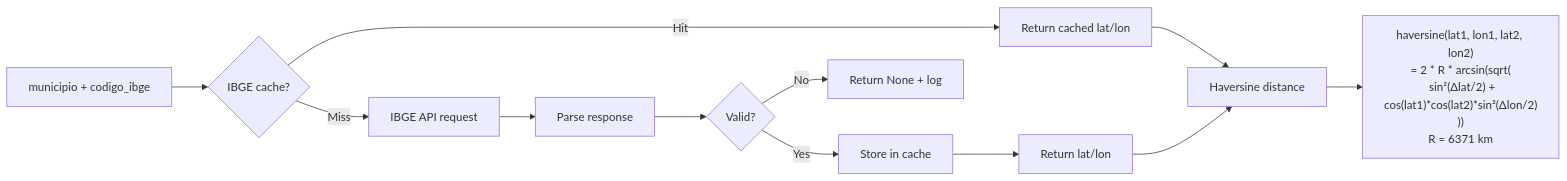
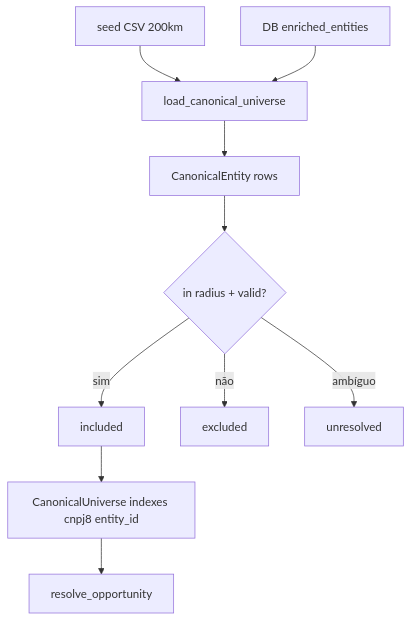
The first of 2 diagrams in _reversa_sdd/flowcharts/lib.md (tjsasakifln/extra-cli), drawn with Mermaid before and after one commit. The commit also changed other lines of this file and 164 other files, not shown here.

````diff
--- a/_reversa_sdd/flowcharts/lib.md
+++ b/_reversa_sdd/flowcharts/lib.md
@@ -77,18 +7,12 @@
 ```mermaid
-flowchart LR
-    A[municipio + codigo_ibge] --> B{IBGE cache?}
-    B -->|Hit| C[Return cached lat/lon]
-    B -->|Miss| D[IBGE API request]
-
-    D --> E[Parse response]
-    E --> F{Valid?}
-    F -->|Yes| G[Store in cache]
-    F -->|No| H[Return None + log]
-
-    G --> I[Return lat/lon]
-
-    C --> J[Haversine distance]
-    I --> J
-
-    J --> K["haversine(lat1, lon1, lat2, lon2)\n= 2 * R * arcsin(sqrt(\n  sin²(Δlat/2) + cos(lat1)*cos(lat2)*sin²(Δlon/2)\n))\nR = 6371 km"]
+flowchart TD
+    A[seed CSV 200km] --> B[load_canonical_universe]
+    C[DB enriched_entities] --> B
+    B --> D[CanonicalEntity rows]
+    D --> E{in radius + valid?}
+    E -->|sim| F[included]
+    E -->|não| G[excluded]
+    E -->|ambíguo| H[unresolved]
+    F --> I[CanonicalUniverse indexes cnpj8 entity_id]
+    I --> J[resolve_opportunity]
 ```
````
